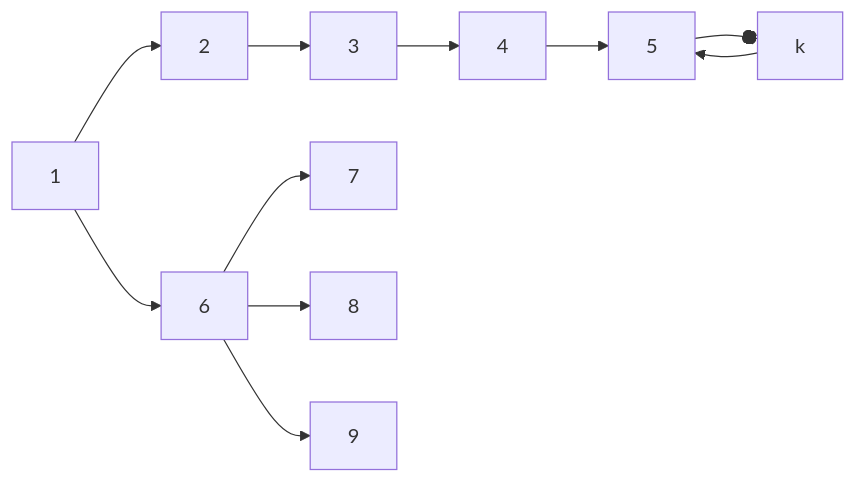
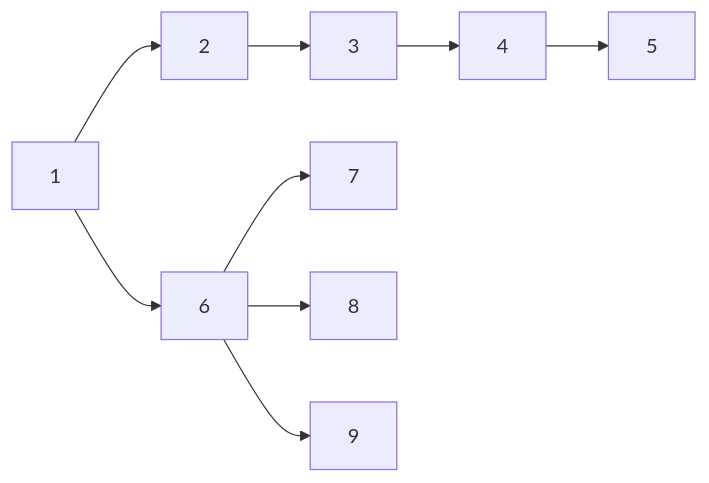
The diagram in NOIP/算法技巧.md (ffdy/my-note), drawn with Mermaid before and after one commit. The commit also changed other lines of this file, not shown here.

````diff
--- a/NOIP/算法技巧.md
+++ b/NOIP/算法技巧.md
@@ -12,12 +12,11 @@
 ``` mermaid
 graph LR 
     1-->2
     2-->3
     3-->4
     4-->5
     1-->6
     6-->7
     6-->8
     6-->9
-    5--ok-->5
 ```
````
